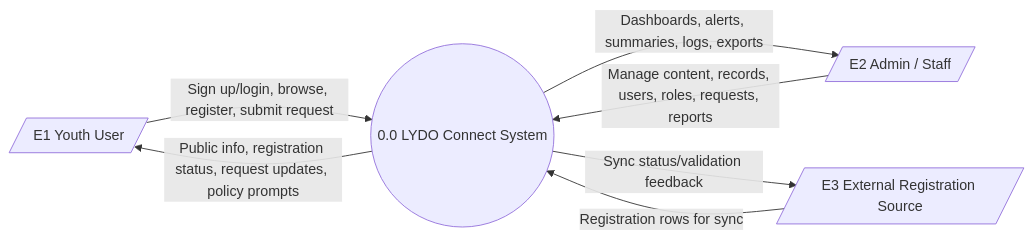
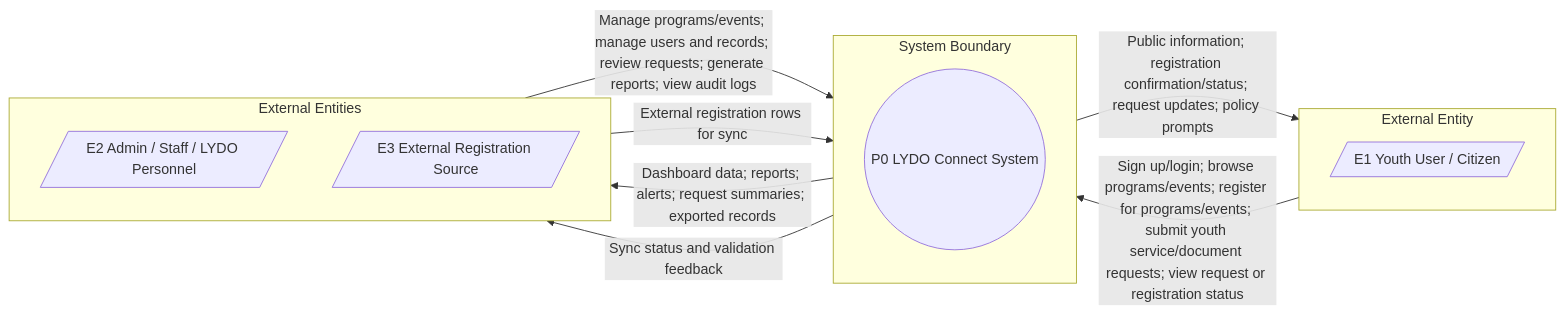
One commit to txiaoqt/for_nami changed the first of 3 diagrams in data flow diagram.md. Above: the diagram before and after it, drawn with Mermaid. The commit also changed other lines of this file, not shown here.

Commit message:
Update data flow diagram

````diff
--- a/data flow diagram.md
+++ b/data flow diagram.md
@@ -19,10 +15,27 @@
 ```mermaid
 flowchart LR
-    E1[/"E1 Youth User"/] -->|Sign up/login, browse, register, submit request| P0((0.0 LYDO Connect System))
-    E2[/"E2 Admin / Staff"/] -->|Manage content, records, users, roles, requests, reports| P0
-    E3[/"E3 External Registration Source"/] -->|Registration rows for sync| P0
+    subgraph LEFT["External Entity"]
+        direction TB
+        E1[/"E1 Youth User / Citizen"/]
+    end
 
-    P0 -->|Public info, registration status, request updates, policy prompts| E1
-    P0 -->|Dashboards, alerts, summaries, logs, exports| E2
-    P0 -->|Sync status/validation feedback| E3
+    subgraph CENTER["System Boundary"]
+        direction TB
+        P0((P0 LYDO Connect System))
+    end
+
+    subgraph RIGHT["External Entities"]
+        direction TB
+        E2[/"E2 Admin / Staff / LYDO Personnel"/]
+        E3[/"E3 External Registration Source"/]
+    end
+
+    E1 -->|"Sign up/login; browse programs/events; register for programs/events; submit youth service/document requests; view request or registration status"| P0
+    P0 -->|"Public information; registration confirmation/status; request updates; policy prompts"| E1
+
+    E2 -->|"Manage programs/events; manage users and records; review requests; generate reports; view audit logs"| P0
+    P0 -->|"Dashboard data; reports; alerts; request summaries; exported records"| E2
+
+    E3 -->|"External registration rows for sync"| P0
+    P0 -->|"Sync status and validation feedback"| E3
 ```
````
